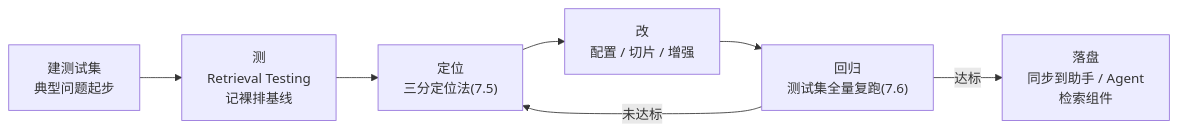
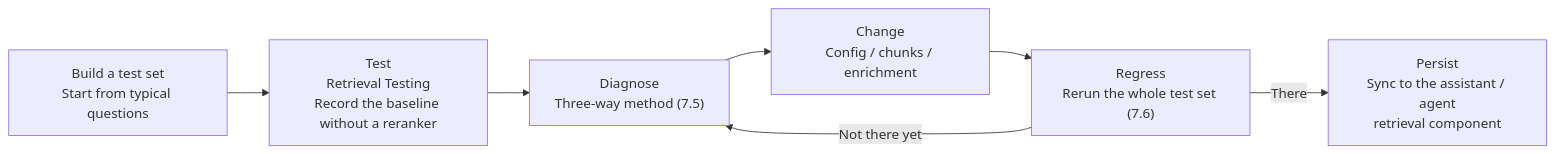
The second of 3 diagrams in books/ragflow/en/chapters/07-retrieval-tuning.md (ybak/ai-tutorial), drawn with Mermaid before and after one commit. The commit also changed other lines of this file and 16 other files, not shown here.

First line of the commit message:
docs(ragflow): 按审阅改英文图、注释和正文

````diff
--- a/books/ragflow/en/chapters/07-retrieval-tuning.md
+++ b/books/ragflow/en/chapters/07-retrieval-tuning.md
@@ -47,9 +47,9 @@
 ```mermaid
 flowchart LR
-    A["建测试集<br/>典型问题起步"] --> B["测<br/>Retrieval Testing<br/>记裸排基线"]
-    B --> C["定位<br/>三分定位法(7.5)"]
-    C --> D["改<br/>配置 / 切片 / 增强"]
-    D --> E["回归<br/>测试集全量复跑(7.6)"]
-    E -->|"未达标"| C
-    E -->|"达标"| F["落盘<br/>同步到助手 / Agent<br/>检索组件"]
+    A["Build a test set<br/>Start from typical questions"] --> B["Test<br/>Retrieval Testing<br/>Record the baseline without a reranker"]
+    B --> C["Diagnose<br/>Three-way method (7.5)"]
+    C --> D["Change<br/>Config / chunks / enrichment"]
+    D --> E["Regress<br/>Rerun the whole test set (7.6)"]
+    E -->|"Not there yet"| C
+    E -->|"There"| F["Persist<br/>Sync to the assistant / agent<br/>retrieval component"]
 ```
````
